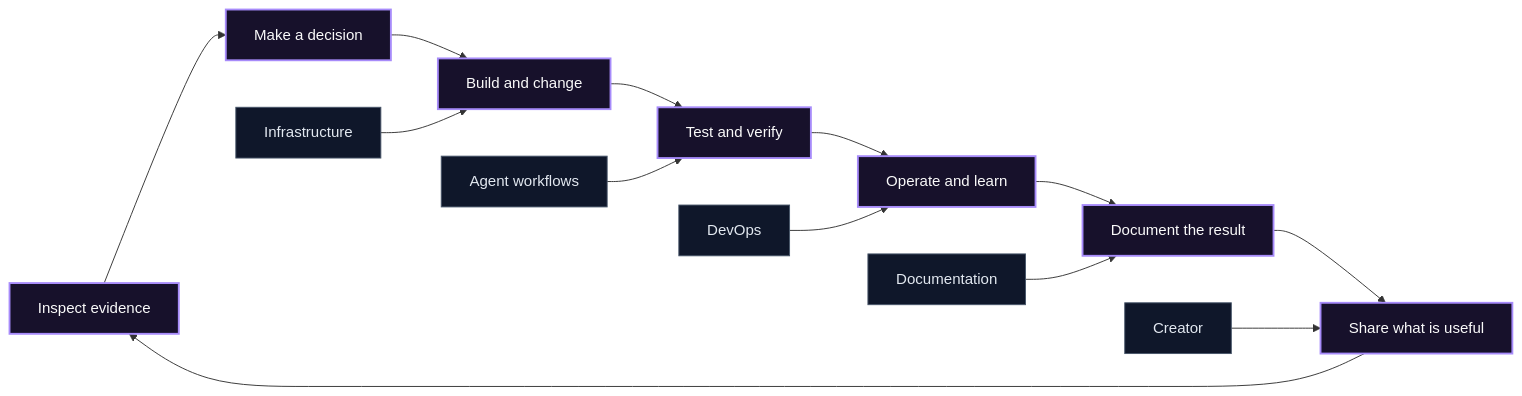
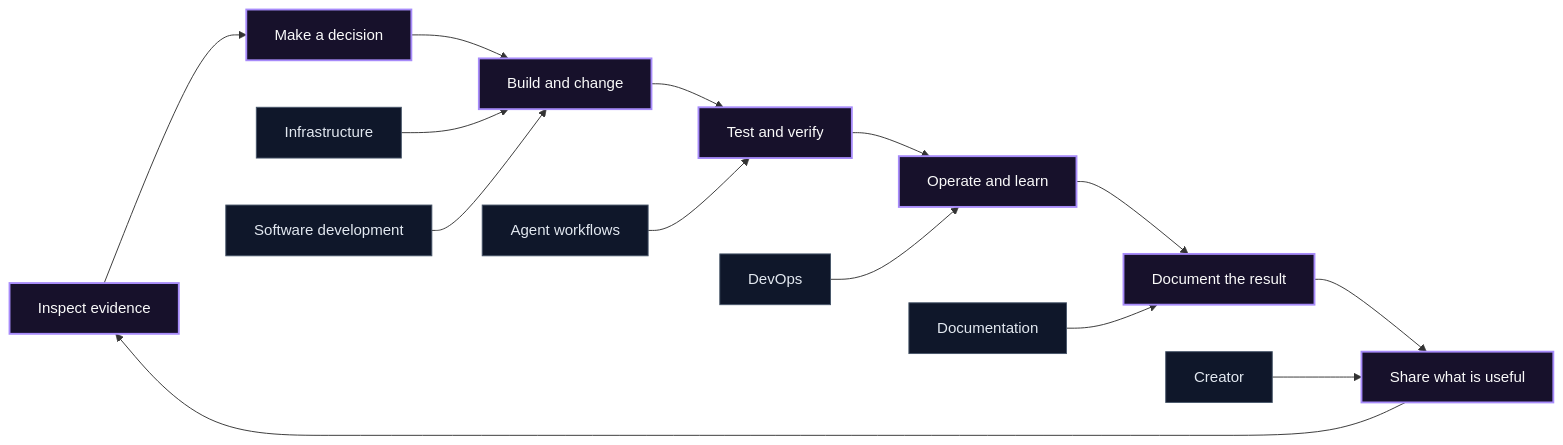
The diagram in README.md (BRYANN2K/stipulate-skills), drawn with Mermaid before and after one commit. The commit also changed other lines of this file and 43 other files, not shown here.

````diff
--- a/README.md
+++ b/README.md
@@ -107,21 +119,22 @@
 ```mermaid
 flowchart LR
     Evidence["Inspect evidence"] --> Decide["Make a decision"]
     Decide --> Build["Build and change"]
     Build --> Verify["Test and verify"]
     Verify --> Operate["Operate and learn"]
     Operate --> Document["Document the result"]
     Document --> Share["Share what is useful"]
     Share --> Evidence
 
     Infra["Infrastructure"] --> Build
+    Software["Software development"] --> Build
     DevOps["DevOps"] --> Operate
     Docs["Documentation"] --> Document
     Creator["Creator"] --> Share
     Agent["Agent workflows"] --> Verify
 
     classDef core fill:#17112b,stroke:#a78bfa,color:#fafafa,stroke-width:2px;
     classDef domain fill:#0f172a,stroke:#475569,color:#e2e8f0;
     class Evidence,Decide,Build,Verify,Operate,Document,Share core;
-    class Infra,DevOps,Docs,Creator,Agent domain;
+    class Infra,Software,DevOps,Docs,Creator,Agent domain;
 ```
````
